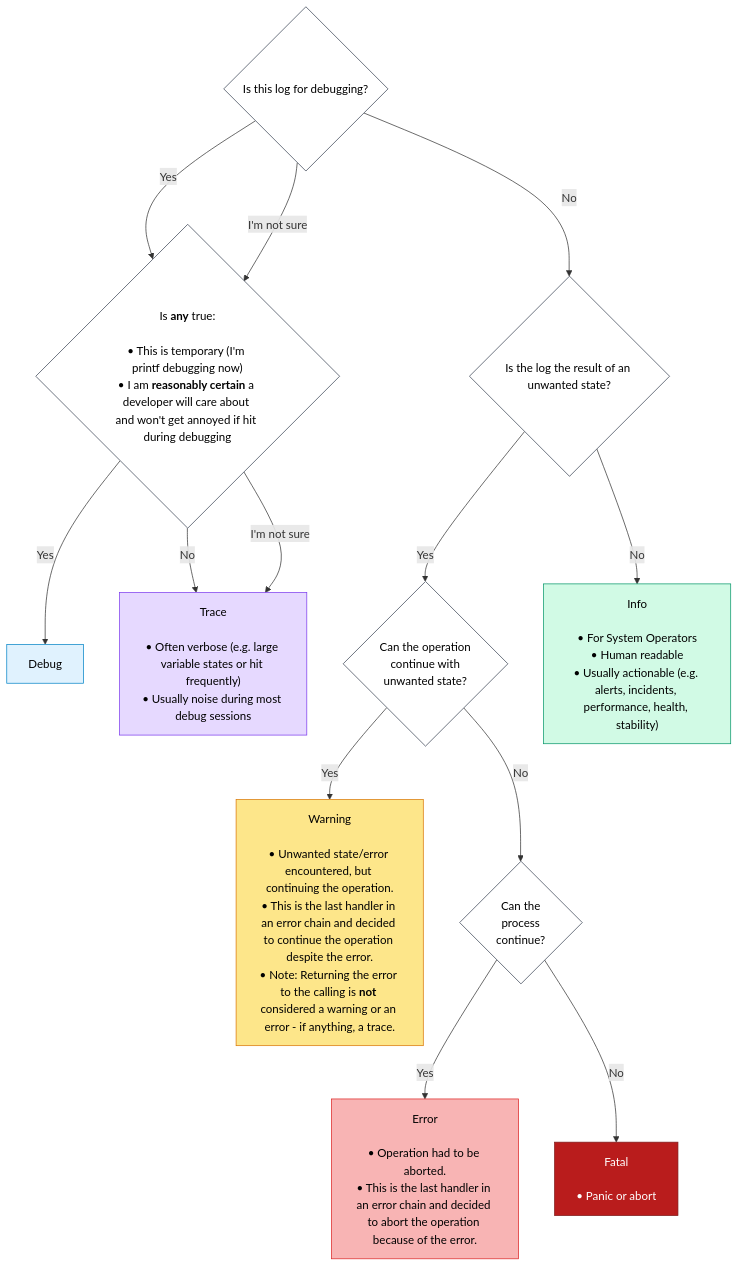
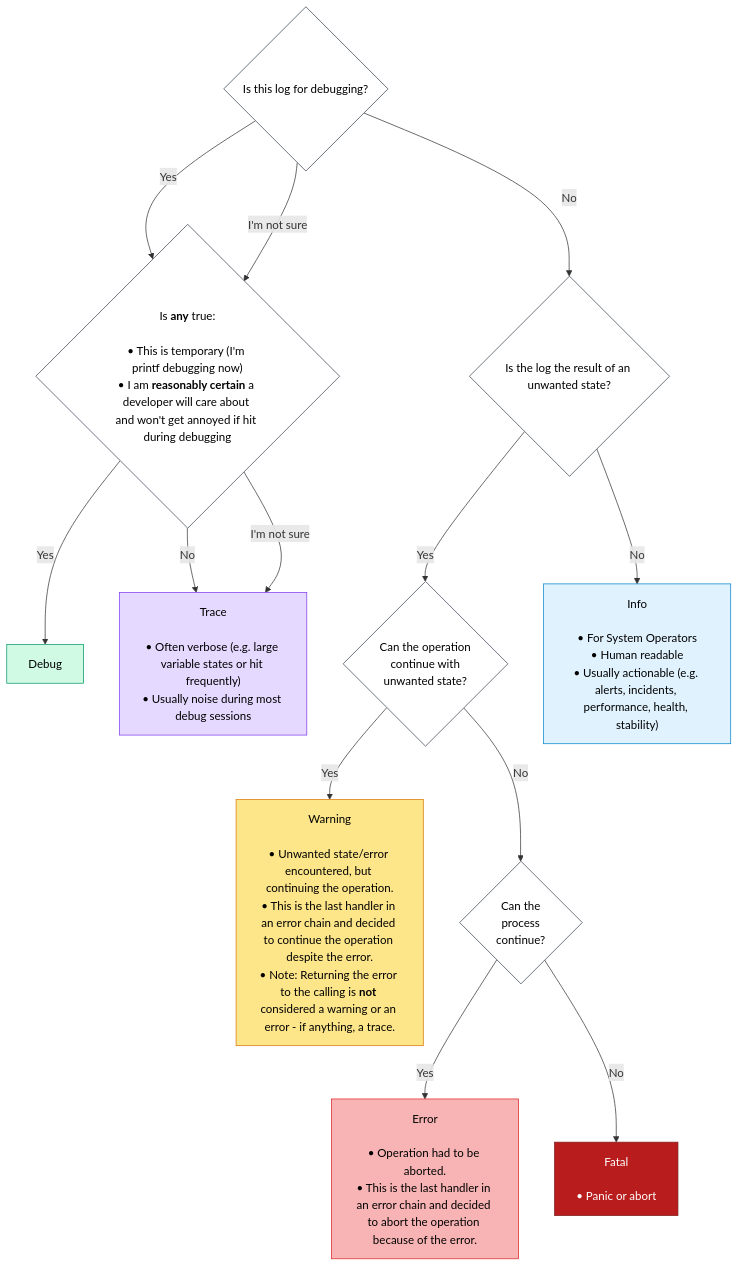
The diagram in README.md (mcmah309/err_trail), drawn with Mermaid before and after one commit.

````diff
--- a/README.md
+++ b/README.md
@@ -68,45 +68,45 @@
 ```mermaid
 flowchart TD
     Start{Is this log for debugging?}
 
     Start -->|Yes| SessionType
     Start -->|No| UnwantedState
     Start -->|I'm not sure| SessionType
     SessionType --> |Yes| Debug
     SessionType --> |No| Trace
     SessionType -->|I'm not sure| Trace
     UnwantedState -->|Yes| ProcessContinue
     UnwantedState -->|No| Info    
     ProcessContinue -->|Yes| Warning
     ProcessContinue -->|No| AppContinue 
     AppContinue -->|Yes| Error
     AppContinue -->|No| Fatal
 
     UnwantedState{Is the log the result of an unwanted state?}
     SessionType{"Is <b>any</b> true:<br/><br/>• This is temporary (I'm printf debugging now)<br/>• I am <b>reasonably certain</b> a developer will care about and won't get annoyed if hit during debugging"}
     ProcessContinue{Can the operation<br/>continue with<br/>unwanted state?}
     AppContinue{Can the<br/>process<br/>continue?}
     
     classDef normal fill:#ffffff,stroke:#374151,color:#000;
     classDef trace  fill:#e6d9ff,stroke:#7c3aed,color:#000;
-    classDef debug  fill:#e0f2fe,stroke:#0284c7,color:#000;
-    classDef info   fill:#d1fae5,stroke:#059669,color:#000;
+    classDef debug  fill:#d1fae5,stroke:#059669,color:#000;
+    classDef info   fill:#e0f2fe,stroke:#0284c7,color:#000;
     classDef warning fill:#fde68a,stroke:#d97706,color:#000;
     classDef error  fill:#f8b4b4,stroke:#dc2626,color:#000;
     classDef fatal  fill:#b91c1c,stroke:#7f1d1d,color:#fff;
 
     class Start,SessionType,UnwantedState,ProcessContinue,AppContinue normal;
     class Trace trace;
     class Debug debug;
     class Info info;
     class Warning warning;
     class Error error;
     class Fatal fatal;
 
     Trace["Trace<br/><br/>• Often verbose (e.g. large variable states or hit frequently)<br/>• Usually noise during most debug sessions"]
     Debug[Debug]
     Info["Info<br/><br/>• For System Operators<br/>• Human readable<br/>• Usually actionable (e.g. alerts, incidents, performance, health, stability)"]
     Warning["Warning<br/><br/>• Unwanted state/error encountered, but continuing the operation.<br/>• This is the last handler in an error chain and decided to continue the operation despite the error.<br/>• Note: Returning the error to the calling is <b>not</b> considered a warning or an error - if anything, a trace."]
     Error["Error<br/><br/>• Operation had to be aborted.<br/>• This is the last handler in an error chain and decided to abort the operation because of the error."]
     Fatal[Fatal<br/><br/>• Panic or abort]
 ```
````
